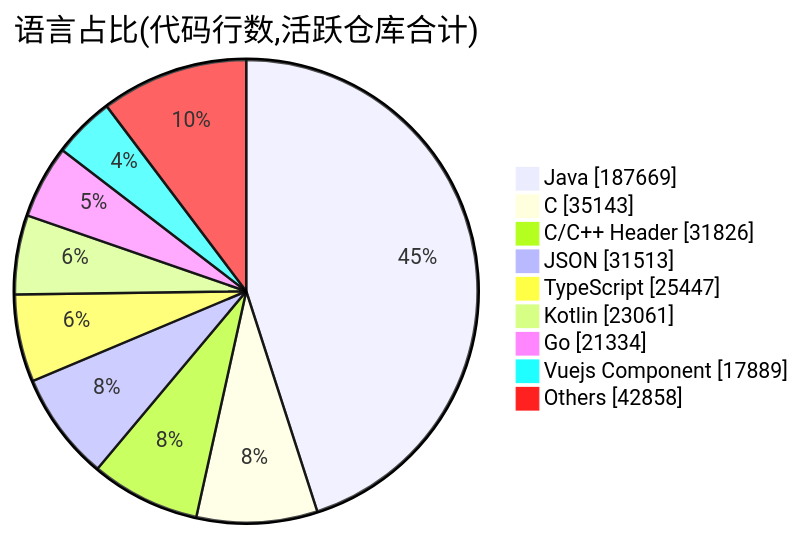
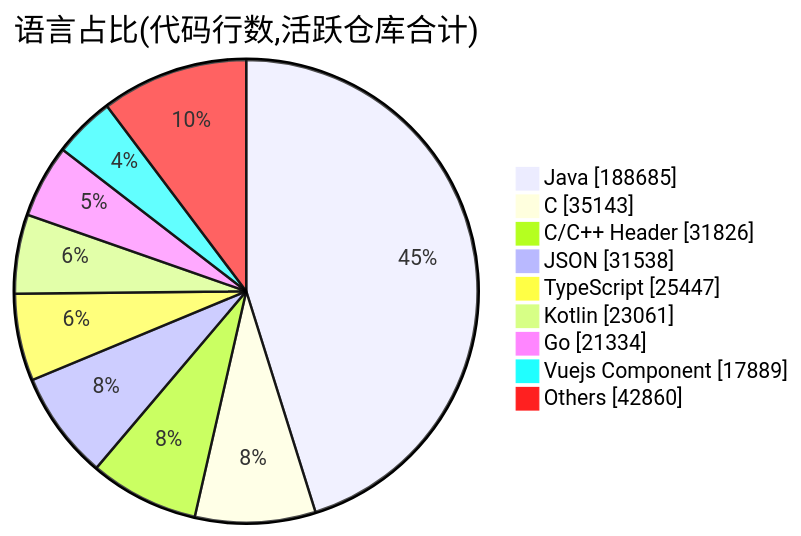
Before and after one commit to Conflux-Union/.github: the second of 2 diagrams in profile/README.md, drawn with Mermaid. The commit also changed other lines of this file and 1 other file, not shown here.

````diff
--- a/profile/README.md
+++ b/profile/README.md
@@ -83,13 +83,13 @@
 ```mermaid
 pie showData
     title 语言占比(代码行数,活跃仓库合计)
-    "Java" : 187669
+    "Java" : 188685
     "C" : 35143
     "C/C++ Header" : 31826
-    "JSON" : 31513
+    "JSON" : 31538
     "TypeScript" : 25447
     "Kotlin" : 23061
     "Go" : 21334
     "Vuejs Component" : 17889
-    "Others" : 42858
+    "Others" : 42860
 ```
````
